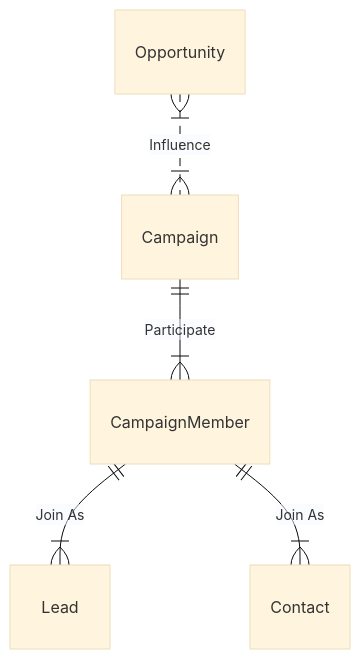
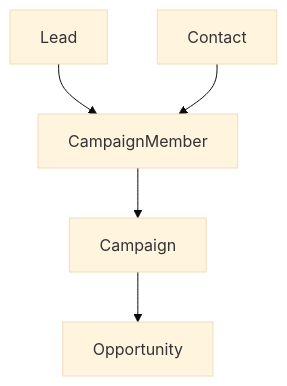
One commit to zhangjiacheng/zhangjiacheng.github.io changed the diagram in _posts/2023-09-11-CampaignMemberStatusTrucking.md. Above: the diagram before and after it, drawn with Mermaid (base theme).

Commit message:
modify _config.yml to include mermaid lib 4

```diff
--- a/_posts/2023-09-11-CampaignMemberStatusTrucking.md
+++ b/_posts/2023-09-11-CampaignMemberStatusTrucking.md
@@ -12,7 +12,7 @@
 <div class="mermaid">
-erDiagram 
-    CampaignMember ||--|{ Lead : "Join As"
-    CampaignMember ||--|{ Contact : "Join As"
-    Campaign ||--|{ CampaignMember : Participate 
-    Opportunity }|..|{ Campaign : Influence
+graph TD;
+    Lead-->CampaignMember;
+    Contact-->CampaignMember;
+    CampaignMember-->Campaign;
+    Campaign-->Opportunity;
 </div>
```
